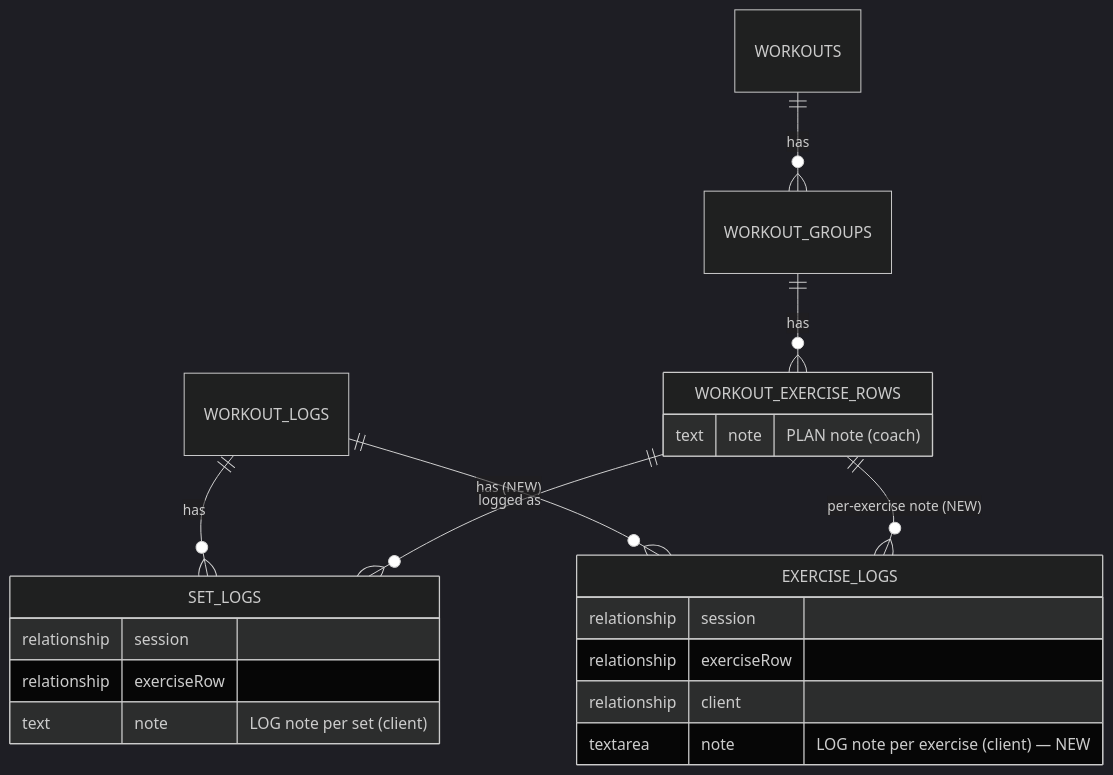
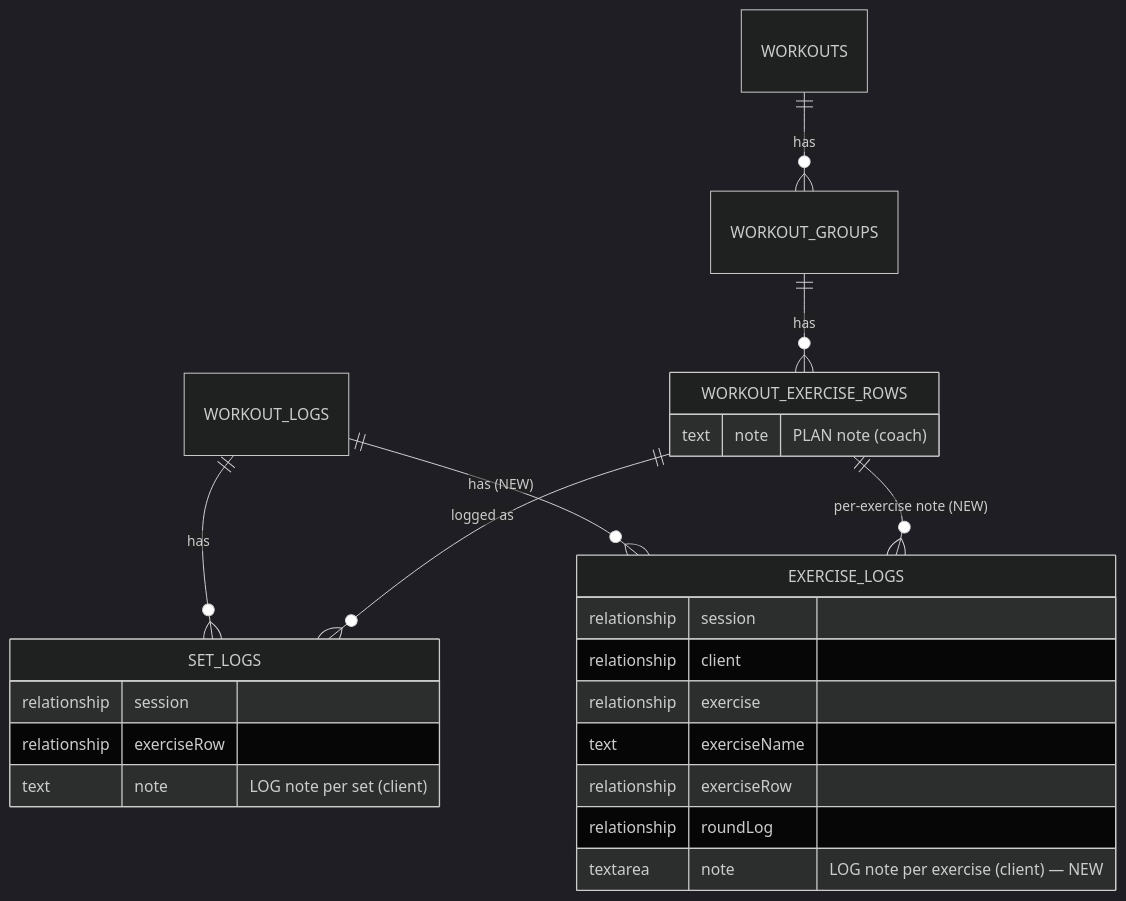
Before and after one commit to Thor1NN/armanos: the first of 2 diagrams in .ai/specs/2026-06-20-exercise-client-note.md, drawn with Mermaid (dark theme). The commit also changed other lines of this file and 11 other files, not shown here.

````diff
--- a/.ai/specs/2026-06-20-exercise-client-note.md
+++ b/.ai/specs/2026-06-20-exercise-client-note.md
@@ -47,26 +47,29 @@
 ```mermaid
 erDiagram
     WORKOUTS ||--o{ WORKOUT_GROUPS : "has"
     WORKOUT_GROUPS ||--o{ WORKOUT_EXERCISE_ROWS : "has"
 
     WORKOUT_LOGS ||--o{ SET_LOGS : "has"
     WORKOUT_LOGS ||--o{ EXERCISE_LOGS : "has (NEW)"
 
     WORKOUT_EXERCISE_ROWS ||--o{ SET_LOGS : "logged as"
     WORKOUT_EXERCISE_ROWS ||--o{ EXERCISE_LOGS : "per-exercise note (NEW)"
 
     WORKOUT_EXERCISE_ROWS {
         text note "PLAN note (coach)"
     }
     SET_LOGS {
         relationship session
         relationship exerciseRow
         text note "LOG note per set (client)"
     }
     EXERCISE_LOGS {
         relationship session
+        relationship client
+        relationship exercise
+        text exerciseName
         relationship exerciseRow
-        relationship client
+        relationship roundLog
         textarea note "LOG note per exercise (client) — NEW"
     }
 ```
````
